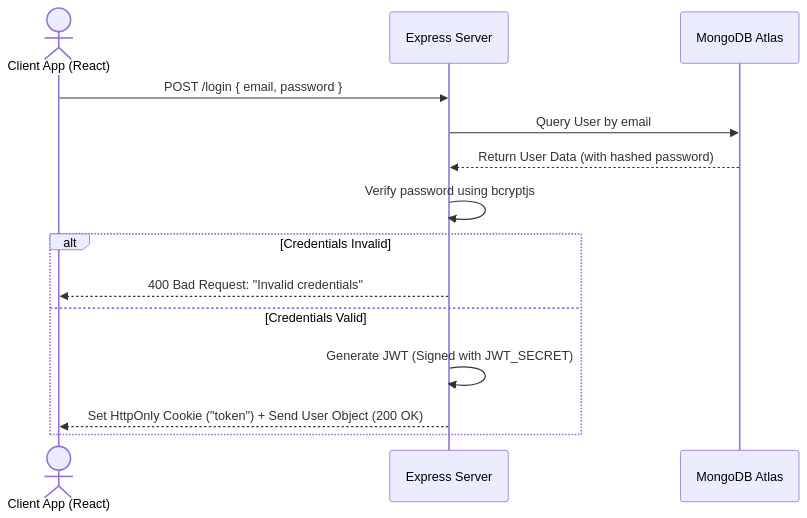
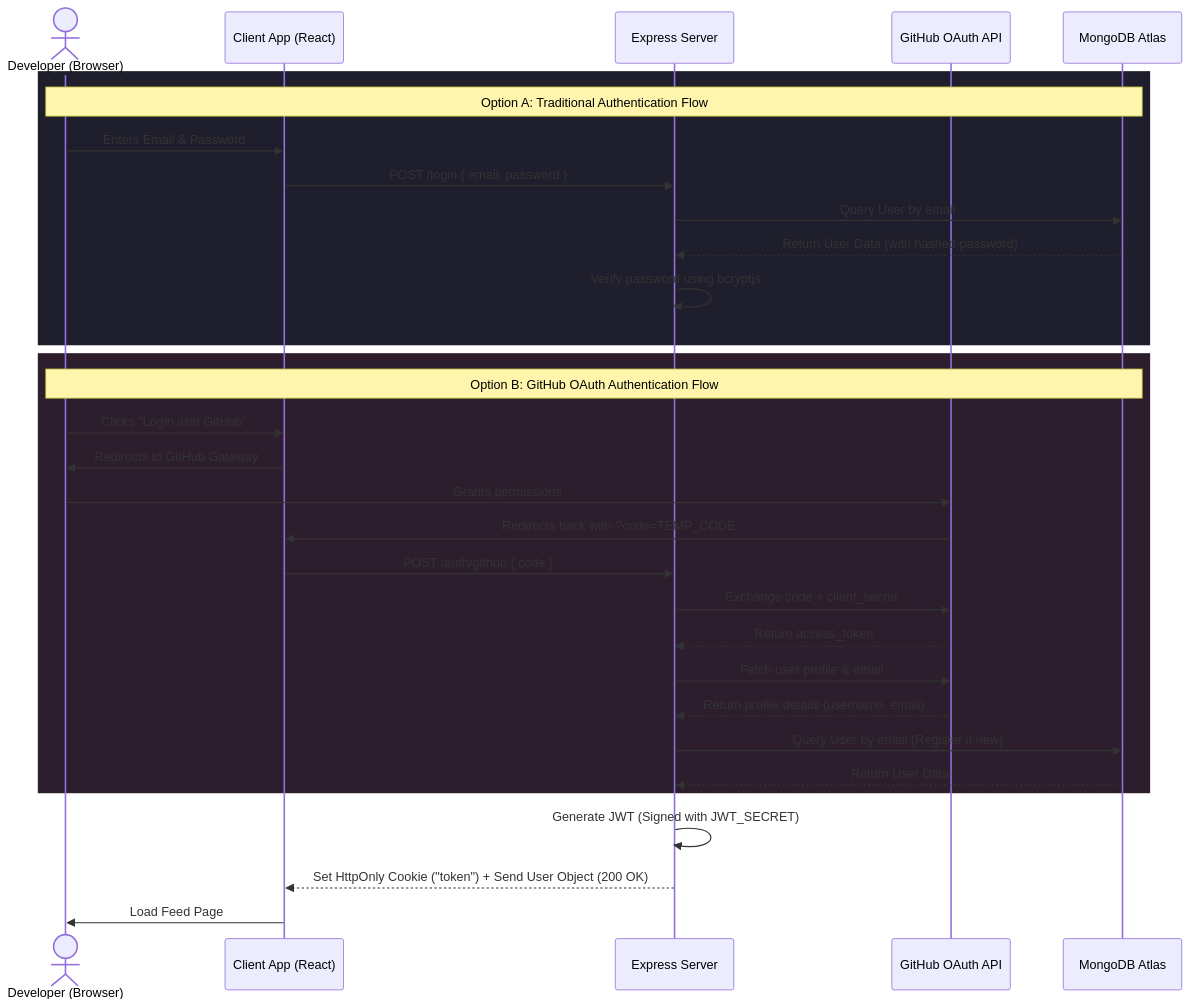
The first of 2 diagrams in README.md (harsimar-singh03/gitConnect), drawn with Mermaid before and after one commit. The commit also changed other lines of this file, not shown here.

Commit message:
docs: update auth sequence flowcharts in readme

````diff
--- a/README.md
+++ b/README.md
@@ -17,17 +17,36 @@
 ```mermaid
 sequenceDiagram
-    actor Client as Client App (React)
+    actor User as Developer (Browser)
+    participant Client as Client App (React)
     participant Server as Express Server
+    participant GitHub as GitHub OAuth API
     participant DB as MongoDB Atlas
 
-    Client->>Server: POST /login { email, password }
-    Server->>DB: Query User by email
-    DB-->>Server: Return User Data (with hashed password)
-    Server->>Server: Verify password using bcryptjs
-    alt Credentials Invalid
-        Server-->>Client: 400 Bad Request: "Invalid credentials"
-    else Credentials Valid
-        Server->>Server: Generate JWT (Signed with JWT_SECRET)
-        Server-->>Client: Set HttpOnly Cookie ("token") + Send User Object (200 OK)
+    rect rgb(30, 30, 45)
+        Note over User, DB: Option A: Traditional Authentication Flow
+        User->>Client: Enters Email & Password
+        Client->>Server: POST /login { email, password }
+        Server->>DB: Query User by email
+        DB-->>Server: Return User Data (with hashed password)
+        Server->>Server: Verify password using bcryptjs
     end
+
+    rect rgb(45, 30, 45)
+        Note over User, DB: Option B: GitHub OAuth Authentication Flow
+        User->>Client: Clicks "Login with GitHub"
+        Client->>User: Redirects to GitHub Gateway
+        User->>GitHub: Grants permissions
+        GitHub->>Client: Redirects back with ?code=TEMP_CODE
+        Client->>Server: POST /auth/github { code }
+        Server->>GitHub: Exchange code + client_secret
+        GitHub-->>Server: Return access_token
+        Server->>GitHub: Fetch user profile & email
+        GitHub-->>Server: Return profile details (username, email)
+        Server->>DB: Query User by email (Register if new)
+        DB-->>Server: Return User Data
+    end
+
+    Server->>Server: Generate JWT (Signed with JWT_SECRET)
+    Server-->>Client: Set HttpOnly Cookie ("token") + Send User Object (200 OK)
+    Client->>User: Load Feed Page
 ```
````
